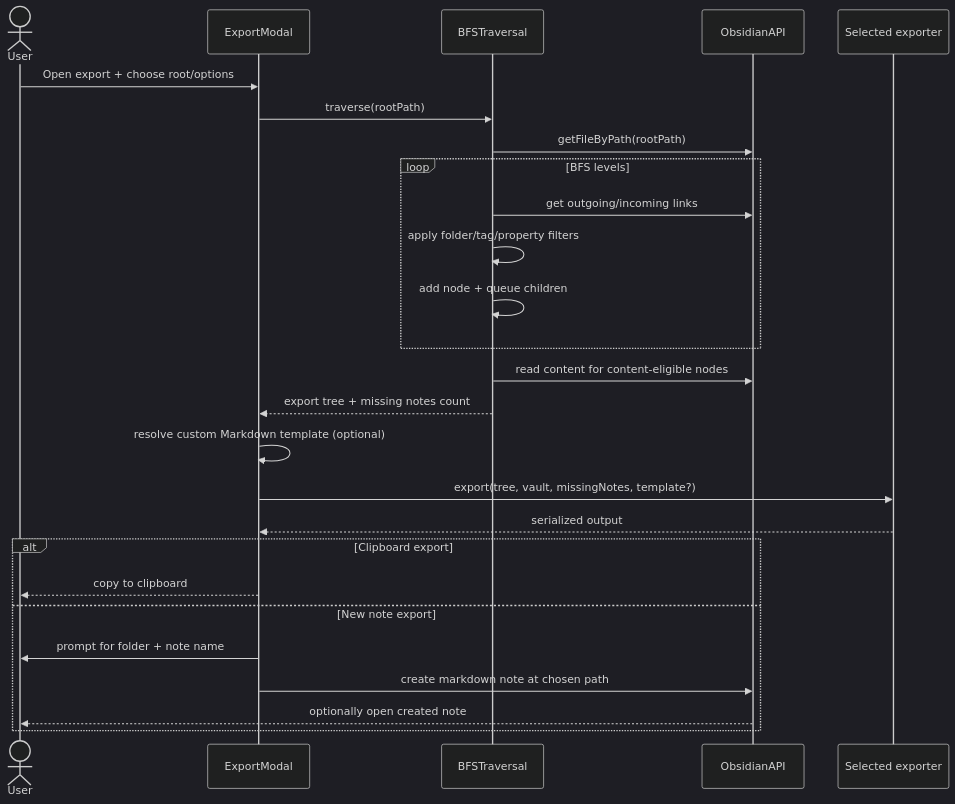
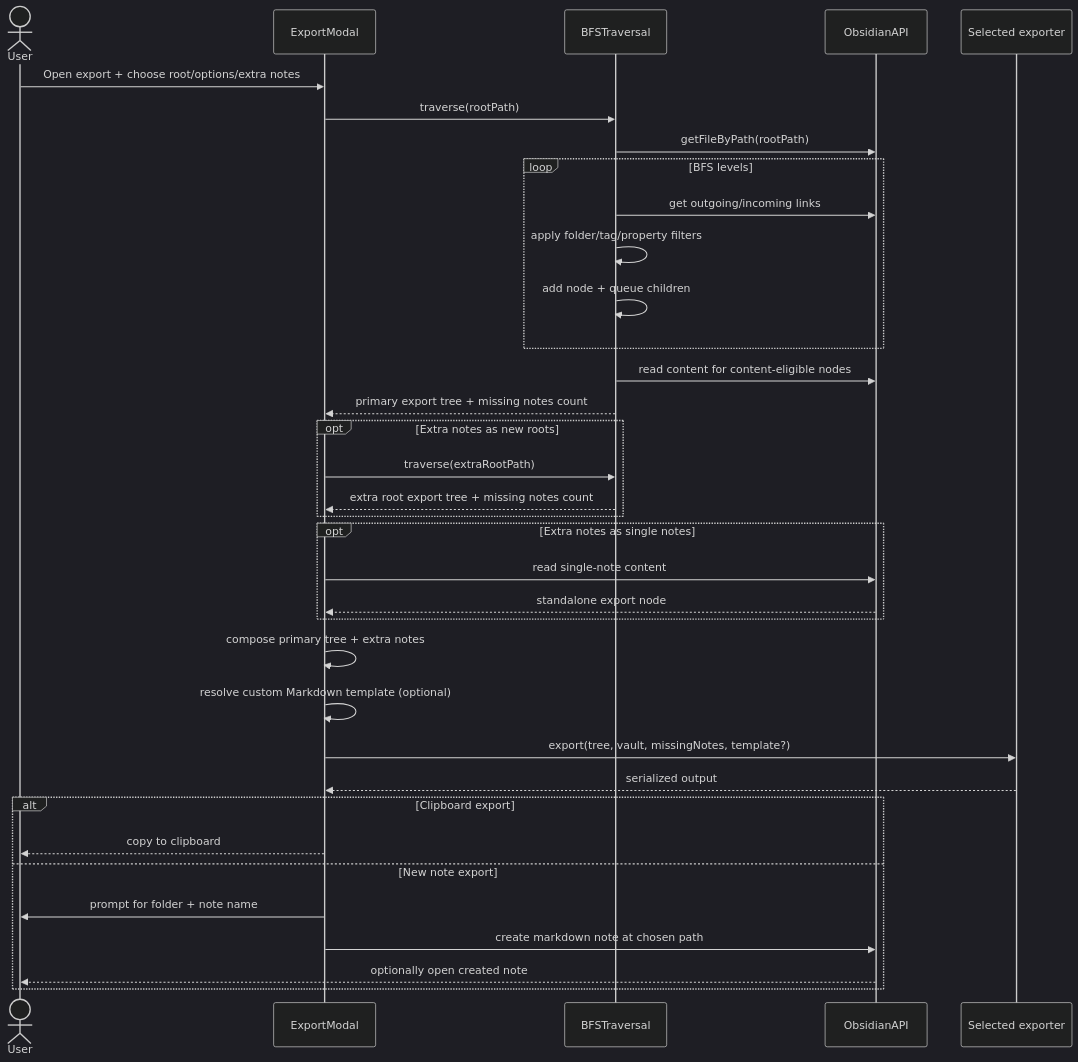
The first of 3 diagrams in docs/export-architecture.md (LittleHaku/obsidian-smart-export), drawn with Mermaid (dark theme) before and after one commit. The commit also changed other lines of this file and 22 other files, not shown here.

First line of the commit message:
Add session-only extra notes to exports (#93)

````diff
--- a/docs/export-architecture.md
+++ b/docs/export-architecture.md
@@ -22,29 +23,38 @@
 ```mermaid
 sequenceDiagram
     actor User
     participant Modal as ExportModal
     participant Traversal as BFSTraversal
     participant API as ObsidianAPI
     participant Exporter as Selected exporter
 
-    User->>Modal: Open export + choose root/options
+    User->>Modal: Open export + choose root/options/extra notes
     Modal->>Traversal: traverse(rootPath)
     Traversal->>API: getFileByPath(rootPath)
     loop BFS levels
         Traversal->>API: get outgoing/incoming links
         Traversal->>Traversal: apply folder/tag/property filters
         Traversal->>Traversal: add node + queue children
     end
     Traversal->>API: read content for content-eligible nodes
-    Traversal-->>Modal: export tree + missing notes count
+    Traversal-->>Modal: primary export tree + missing notes count
+    opt Extra notes as new roots
+        Modal->>Traversal: traverse(extraRootPath)
+        Traversal-->>Modal: extra root export tree + missing notes count
+    end
+    opt Extra notes as single notes
+        Modal->>API: read single-note content
+        API-->>Modal: standalone export node
+    end
+    Modal->>Modal: compose primary tree + extra notes
     Modal->>Modal: resolve custom Markdown template (optional)
     Modal->>Exporter: export(tree, vault, missingNotes, template?)
     Exporter-->>Modal: serialized output
     alt Clipboard export
         Modal-->>User: copy to clipboard
     else New note export
         Modal->>User: prompt for folder + note name
         Modal->>API: create markdown note at chosen path
         API-->>User: optionally open created note
     end
 ```
````
